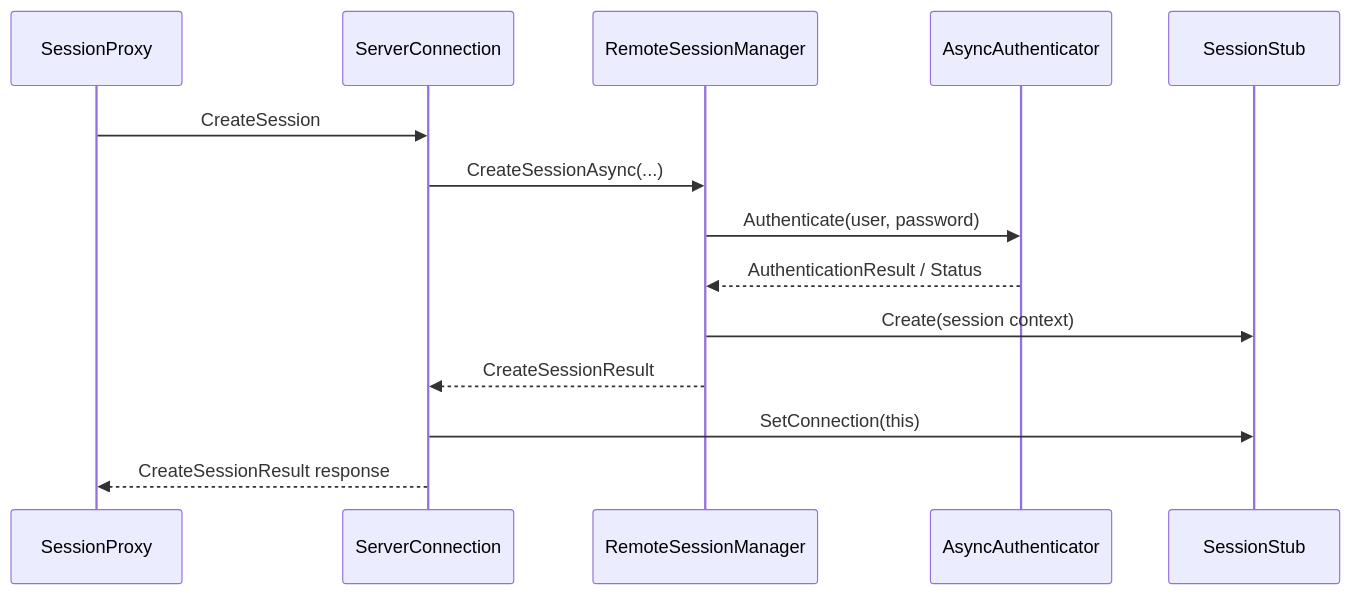
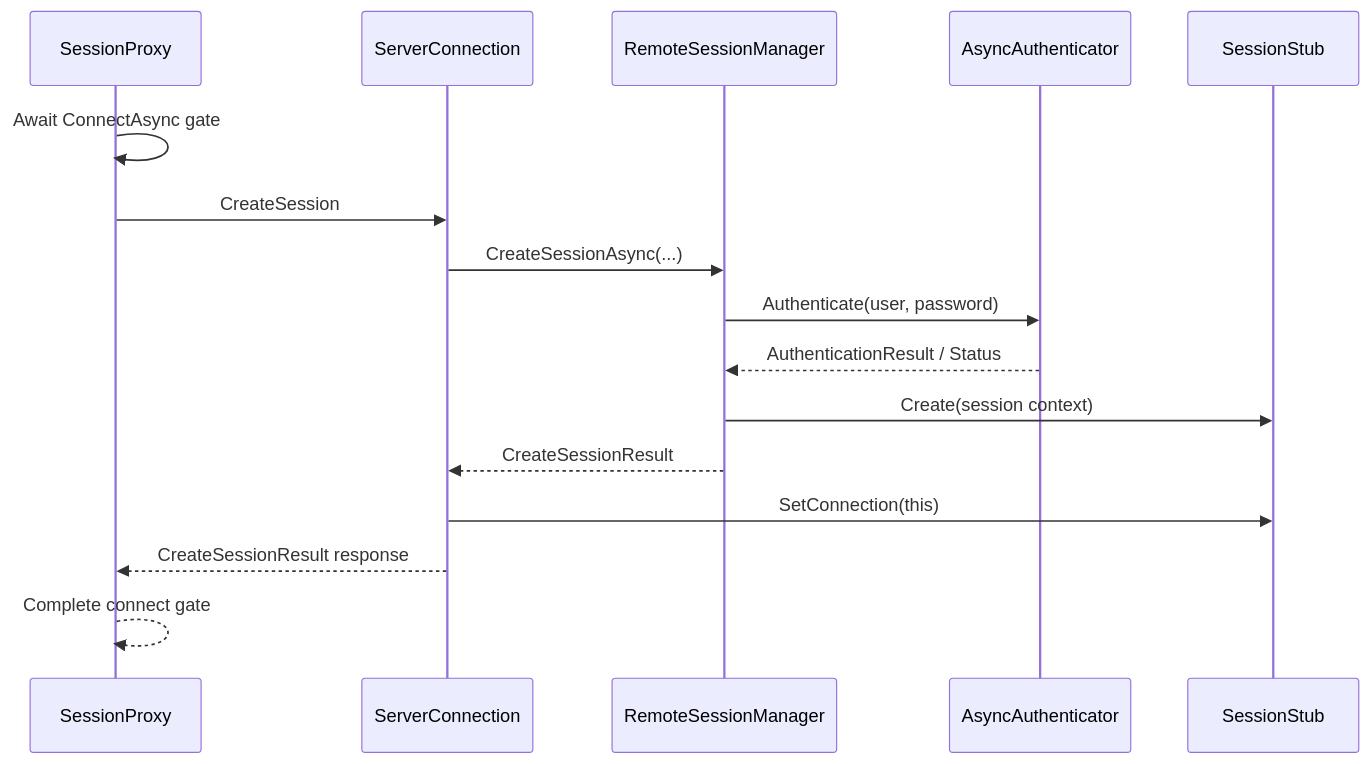
Before and after one commit to alexsmn/scada-core: the diagram in docs/remote_session_creation.mmd, drawn with Mermaid. The commit also changed 7 other files, not shown here.

```diff
--- a/docs/remote_session_creation.mmd
+++ b/docs/remote_session_creation.mmd
@@ -1,15 +1,17 @@
 sequenceDiagram
     participant Client as SessionProxy
     participant Conn as ServerConnection
     participant Manager as RemoteSessionManager
     participant Auth as AsyncAuthenticator
     participant Session as SessionStub
 
+    Client->>Client: Await ConnectAsync gate
     Client->>Conn: CreateSession
     Conn->>Manager: CreateSessionAsync(...)
     Manager->>Auth: Authenticate(user, password)
     Auth-->>Manager: AuthenticationResult / Status
     Manager->>Session: Create(session context)
     Manager-->>Conn: CreateSessionResult
     Conn->>Session: SetConnection(this)
     Conn-->>Client: CreateSessionResult response
+    Client-->>Client: Complete connect gate
```
